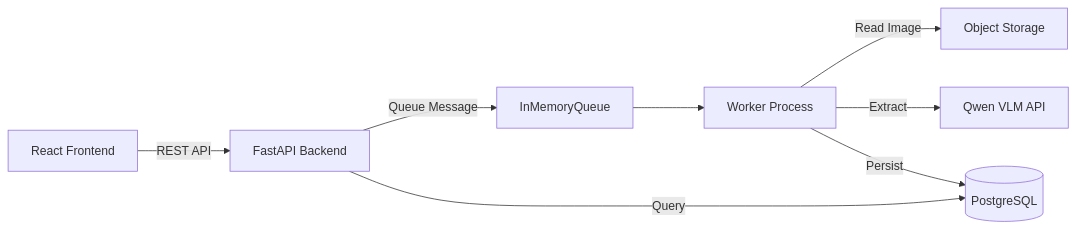
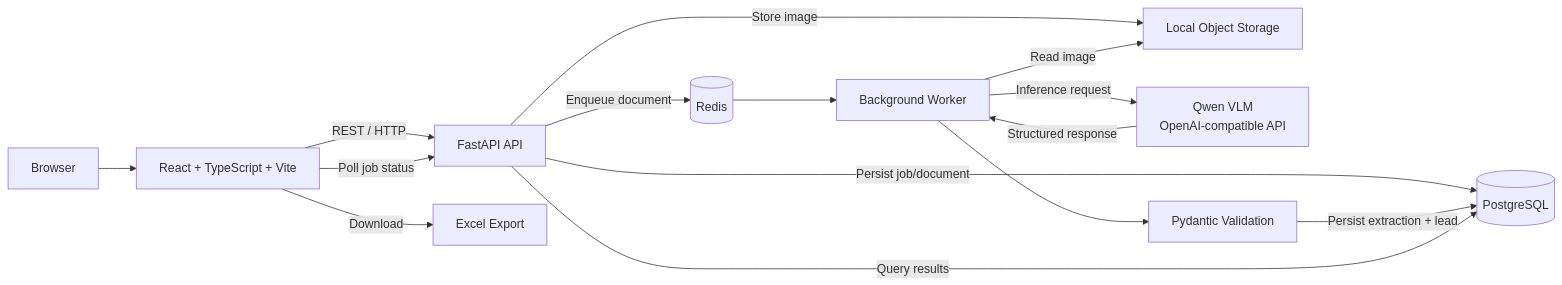
One commit to AyaanShaheer/business-card-ai changed the diagram in README.md. Above: the diagram before and after it, drawn with Mermaid. The commit also changed other lines of this file, not shown here.

````diff
--- a/README.md
+++ b/README.md
@@ -17,10 +127,42 @@
 ```mermaid
-graph LR
-    A[React Frontend] -->|REST API| B[FastAPI Backend]
-    B -->|Queue Message| C[InMemoryQueue]
-    C --> D[Worker Process]
-    D -->|Read Image| E[Object Storage]
-    D -->|Extract| F[Qwen VLM API]
-    D -->|Persist| G[(PostgreSQL)]
-    B -->|Query| G
+flowchart LR
+
+    U[Browser]
+
+    F[React + TypeScript + Vite]
+
+    A[FastAPI API]
+
+    R[(Redis)]
+    P[(PostgreSQL)]
+    S[Local Object Storage]
+
+    W[Background Worker]
+
+    Q[Qwen VLM<br/>OpenAI-compatible API]
+
+    E[Pydantic Validation]
+
+    X[Excel Export]
+
+    U --> F
+    F -->|REST / HTTP| A
+
+    A -->|Persist job/document| P
+    A -->|Store image| S
+    A -->|Enqueue document| R
+
+    R --> W
+
+    W -->|Read image| S
+    W -->|Inference request| Q
+    Q -->|Structured response| W
+
+    W --> E
+    E -->|Persist extraction + lead| P
+
+    F -->|Poll job status| A
+    A -->|Query results| P
+
+    F -->|Download| X
 ```
````
